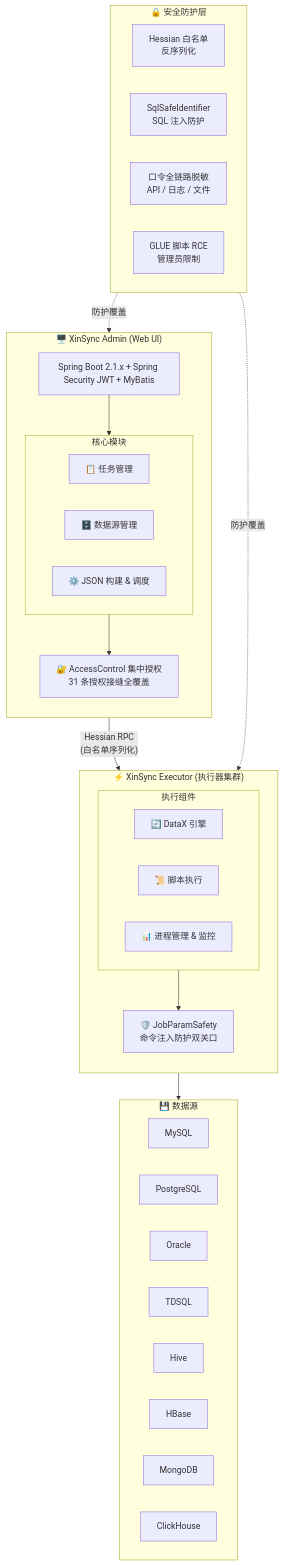
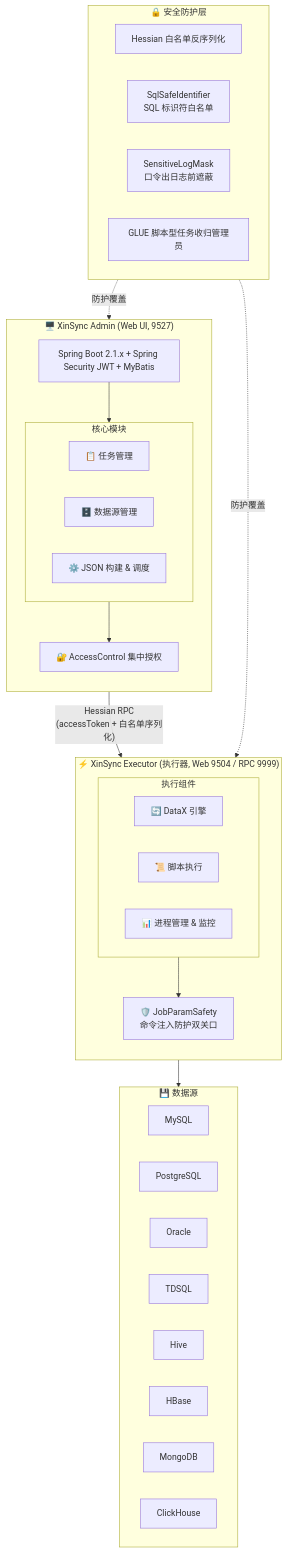
The diagram in README.md (bianqiang-ui/xinsync), drawn with Mermaid before and after one commit. The commit also changed other lines of this file and 4 other files, not shown here.

````diff
--- a/README.md
+++ b/README.md
@@ -45,51 +47,51 @@
 ```mermaid
 graph TB
-    subgraph Web["🖥️ XinSync Admin (Web UI)"]
+    subgraph Web["🖥️ XinSync Admin (Web UI, 9527)"]
         direction TB
         SB["Spring Boot 2.1.x + Spring Security JWT + MyBatis"]
         subgraph Modules["核心模块"]
             JM["📋 任务管理"]
             DS["🗄️ 数据源管理"]
             JB["⚙️ JSON 构建 & 调度"]
         end
-        AC["🔐 AccessControl 集中授权<br/>31 条授权接缝全覆盖"]
+        AC["🔐 AccessControl 集中授权"]
         SB --> Modules
         Modules --> AC
     end
 
-    subgraph Executor["⚡ XinSync Executor (执行器集群)"]
+    subgraph Executor["⚡ XinSync Executor (执行器, Web 9504 / RPC 9999)"]
         direction TB
         subgraph Workers["执行组件"]
             DX["🔄 DataX 引擎"]
             SC["📜 脚本执行"]
             PM["📊 进程管理 & 监控"]
         end
         JP["🛡️ JobParamSafety<br/>命令注入防护双关口"]
         Workers --> JP
     end
 
     subgraph Security["🔒 安全防护层"]
         direction LR
-        HW["Hessian 白名单<br/>反序列化"]
-        SI["SqlSafeIdentifier<br/>SQL 注入防护"]
-        CM["口令全链路脱敏<br/>API / 日志 / 文件"]
-        GS["GLUE 脚本 RCE<br/>管理员限制"]
+        HW["Hessian 白名单反序列化"]
+        SI["SqlSafeIdentifier<br/>SQL 标识符白名单"]
+        CM["SensitiveLogMask<br/>口令出日志前遮蔽"]
+        GS["GLUE 脚本型任务收归管理员"]
     end
 
     subgraph DataSources["💾 数据源"]
         direction LR
         MySQL
         PostgreSQL
         Oracle
         TDSQL
         Hive
         HBase
         MongoDB
         ClickHouse
     end
 
-    Web -->|"Hessian RPC<br/>(白名单序列化)"| Executor
+    Web -->|"Hessian RPC<br/>(accessToken + 白名单序列化)"| Executor
     Executor --> DataSources
     Security -.->|"防护覆盖"| Web
     Security -.->|"防护覆盖"| Executor
 ```
````
